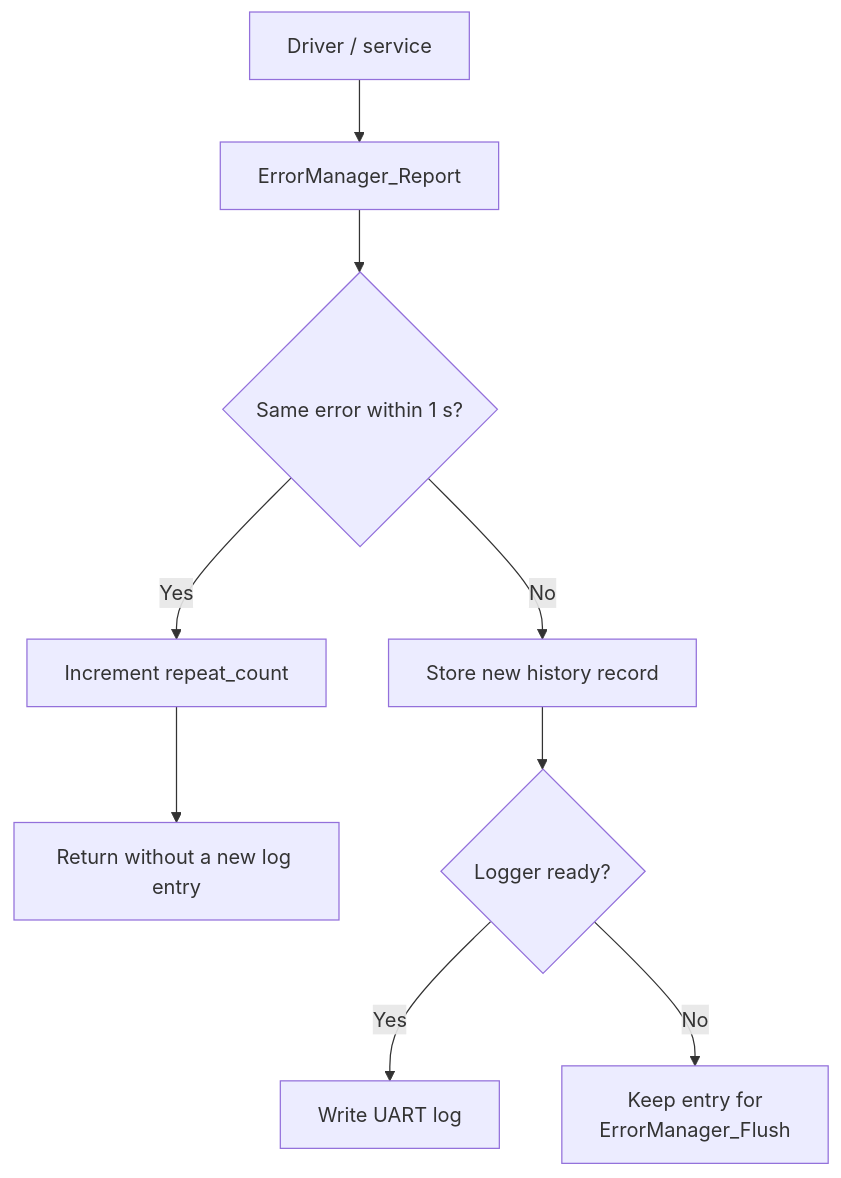
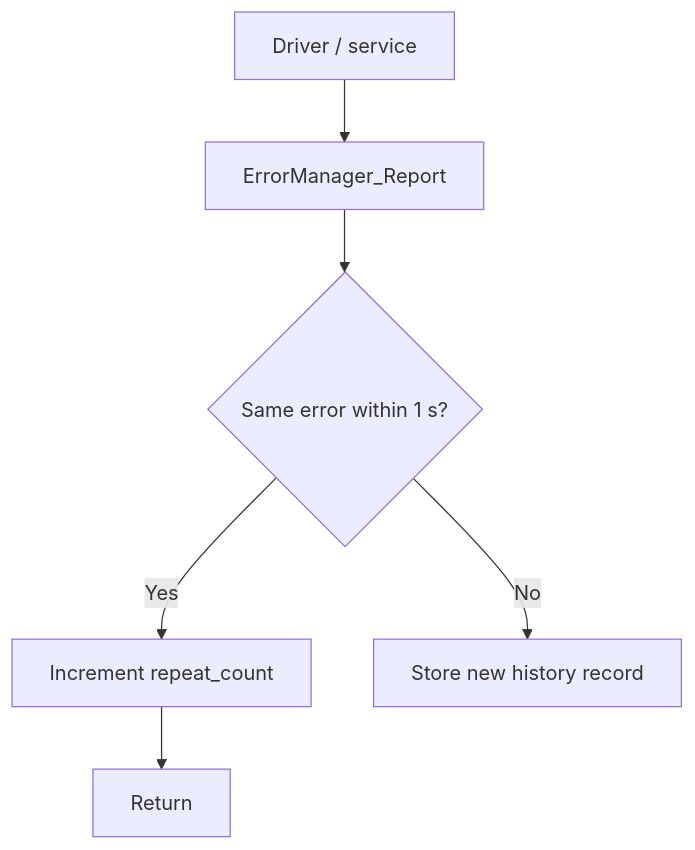
One commit to haikevins/Multimeter_Project changed diagram 21 of 22 in README.md. Above: the diagram before and after it, drawn with Mermaid. The commit also changed other lines of this file, not shown here.

````diff
--- a/README.md
+++ b/README.md
@@ -1140,11 +1185,8 @@
 ```mermaid
 flowchart TB
     MODULE["Driver / service"] --> REPORT["ErrorManager_Report"]
     REPORT --> SAME{"Same error within 1 s?"}
     SAME -->|"Yes"| COUNT["Increment repeat_count"]
-    COUNT --> RETURN["Return without a new log entry"]
+    COUNT --> RETURN["Return"]
     SAME -->|"No"| STORE["Store new history record"]
-    STORE --> READY{"Logger ready?"}
-    READY -->|"Yes"| LOG["Write UART log"]
-    READY -->|"No"| LATER["Keep entry for<br/>ErrorManager_Flush"]
 ```
````
